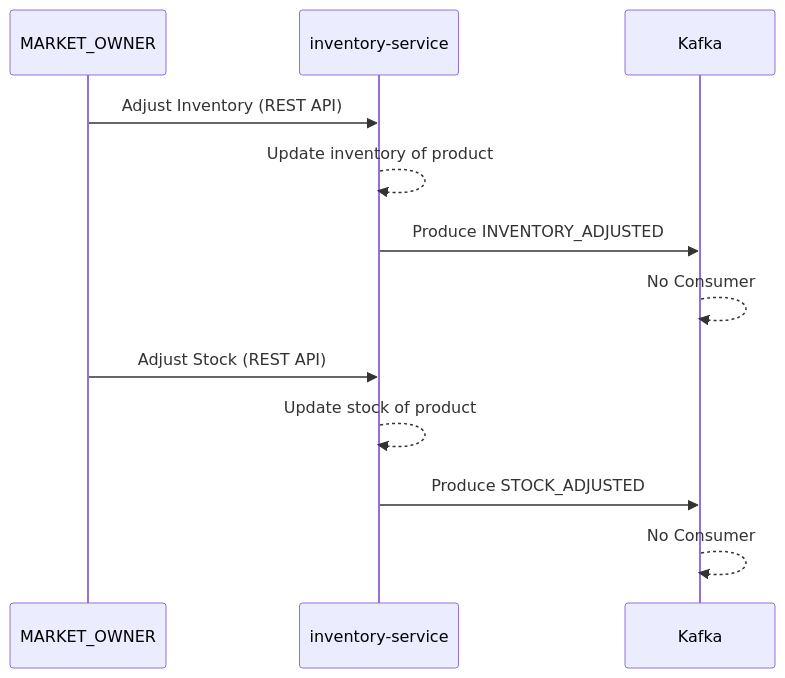
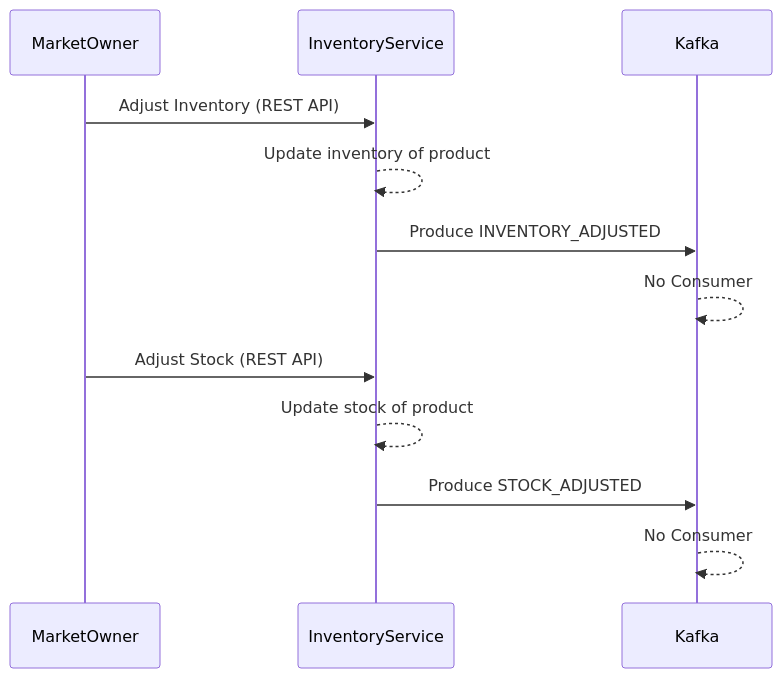
One commit to sevketbuyukdemir/microservices changed the second of 7 diagrams in documents/FLOWS.md. Above: the diagram before and after it, drawn with Mermaid. The commit also changed other lines of this file and 2 other files, not shown here.

Commit message:
MICROSERVICES-24 - Architecture document is added. Flows document is updated.

````diff
--- a/documents/FLOWS.md
+++ b/documents/FLOWS.md
@@ -33,16 +33,16 @@
 ```mermaid
 sequenceDiagram
-    participant MO as MARKET_OWNER
-    participant IS as inventory-service
+    participant MO as MarketOwner
+    participant IS as InventoryService
     participant K as Kafka
 
     MO->>IS: Adjust Inventory (REST API)
     IS-->>IS: Update inventory of product
     IS->>K: Produce INVENTORY_ADJUSTED
     K-->>K: No Consumer
 
     MO->>IS: Adjust Stock (REST API)
     IS-->>IS: Update stock of product
     IS->>K: Produce STOCK_ADJUSTED
     K-->>K: No Consumer
 ```
````
